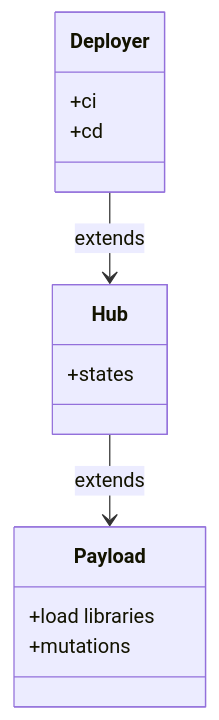
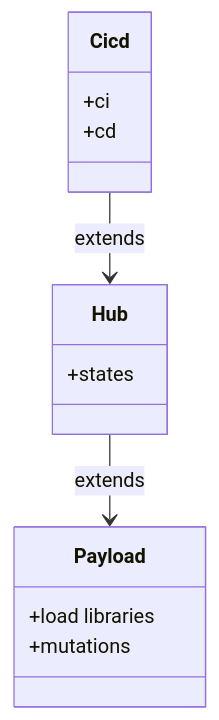
One commit to johnthesmith/catlair-php-lib-cicd changed the diagram in README.md. Above: the diagram before and after it, drawn with Mermaid. The commit also changed 1 other file, not shown here.

````diff
--- a/README.md
+++ b/README.md
@@ -9,20 +9,20 @@
 ```mermaid
 classDiagram
     
-    class Deployer {
+    class Cicd {
         +ci
         +cd
     }
 
     class Hub {
         +states
     }
 
     class Payload {
         +load libraries
         +mutations
     }
 
-    Deployer --> Hub : extends
+    Cicd --> Hub : extends
     Hub --> Payload : extends
 ```
````
